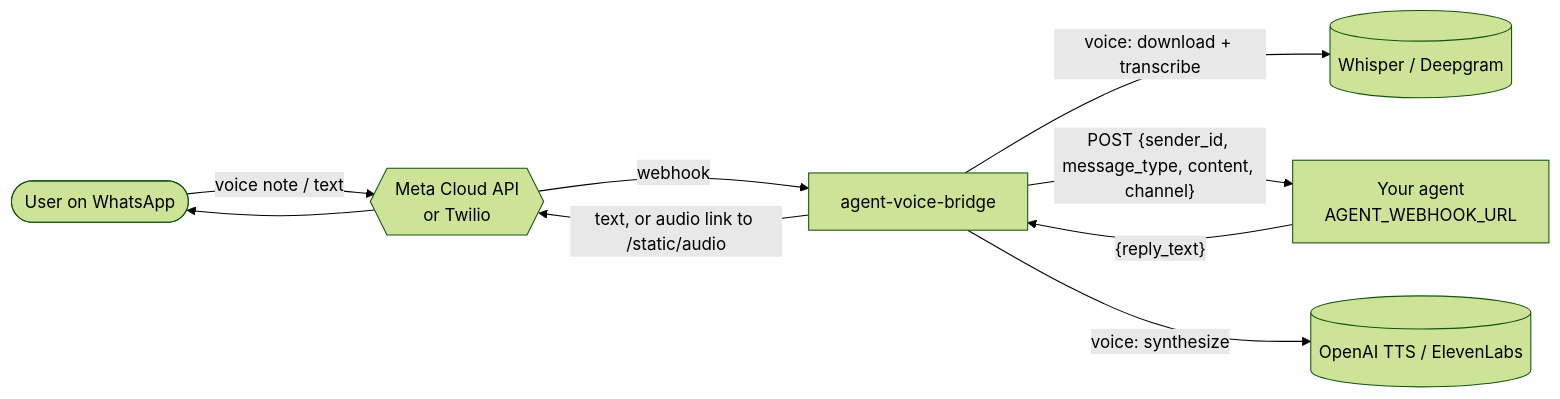
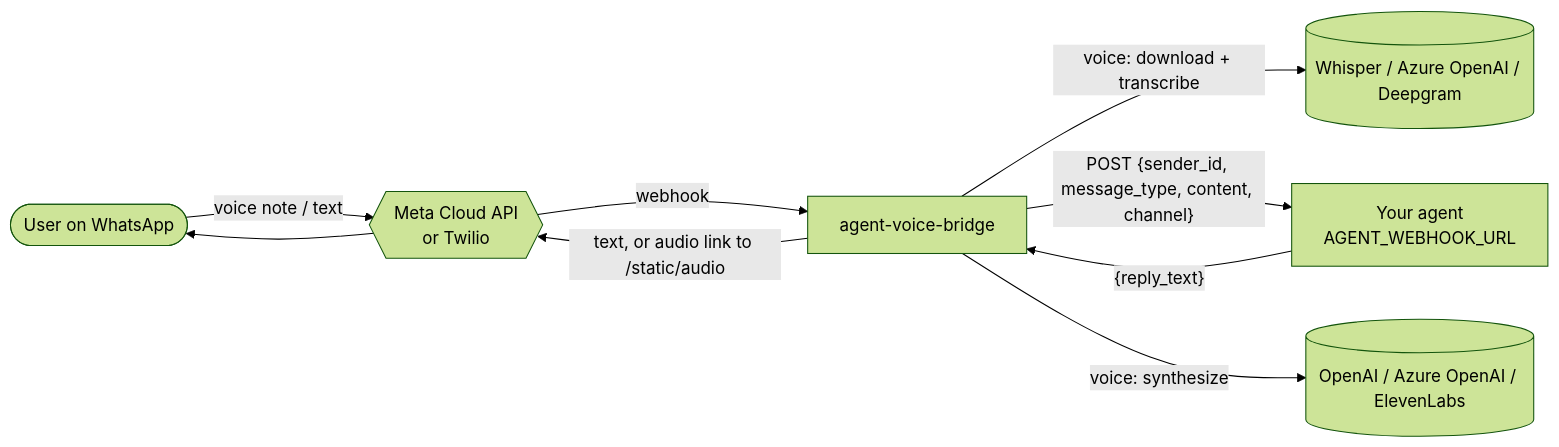
The diagram in README.md (denegra-ai/agent-voice-bridge), drawn with Mermaid (forest theme) before and after one commit. The commit also changed other lines of this file and 5 other files, not shown here.

First line of the commit message:
Add Azure OpenAI as a speech-to-text and text-to-speech provider

````diff
--- a/README.md
+++ b/README.md
@@ -28,11 +28,11 @@
 ```mermaid
 flowchart LR
     U([User on WhatsApp]) -- voice note / text --> P{{Meta Cloud API<br/>or Twilio}}
     P -- webhook --> B[agent-voice-bridge]
-    B -- "voice: download + transcribe" --> STT[(Whisper / Deepgram)]
+    B -- "voice: download + transcribe" --> STT[(Whisper / Azure OpenAI / Deepgram)]
     B -- "POST {sender_id, message_type, content, channel}" --> A[Your agent<br/>AGENT_WEBHOOK_URL]
     A -- "{reply_text}" --> B
-    B -- "voice: synthesize" --> TTS[(OpenAI TTS / ElevenLabs)]
+    B -- "voice: synthesize" --> TTS[(OpenAI / Azure OpenAI / ElevenLabs)]
     B -- "text, or audio link to /static/audio" --> P
     P --> U
 ```
````
